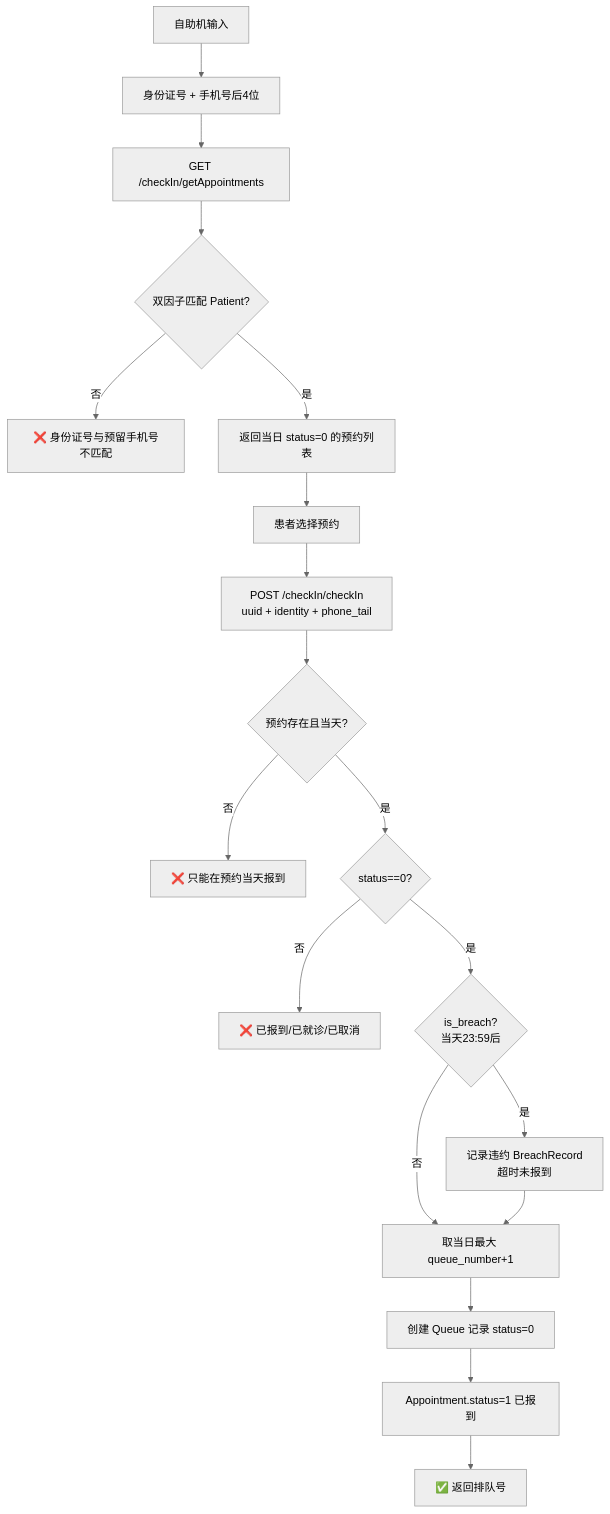
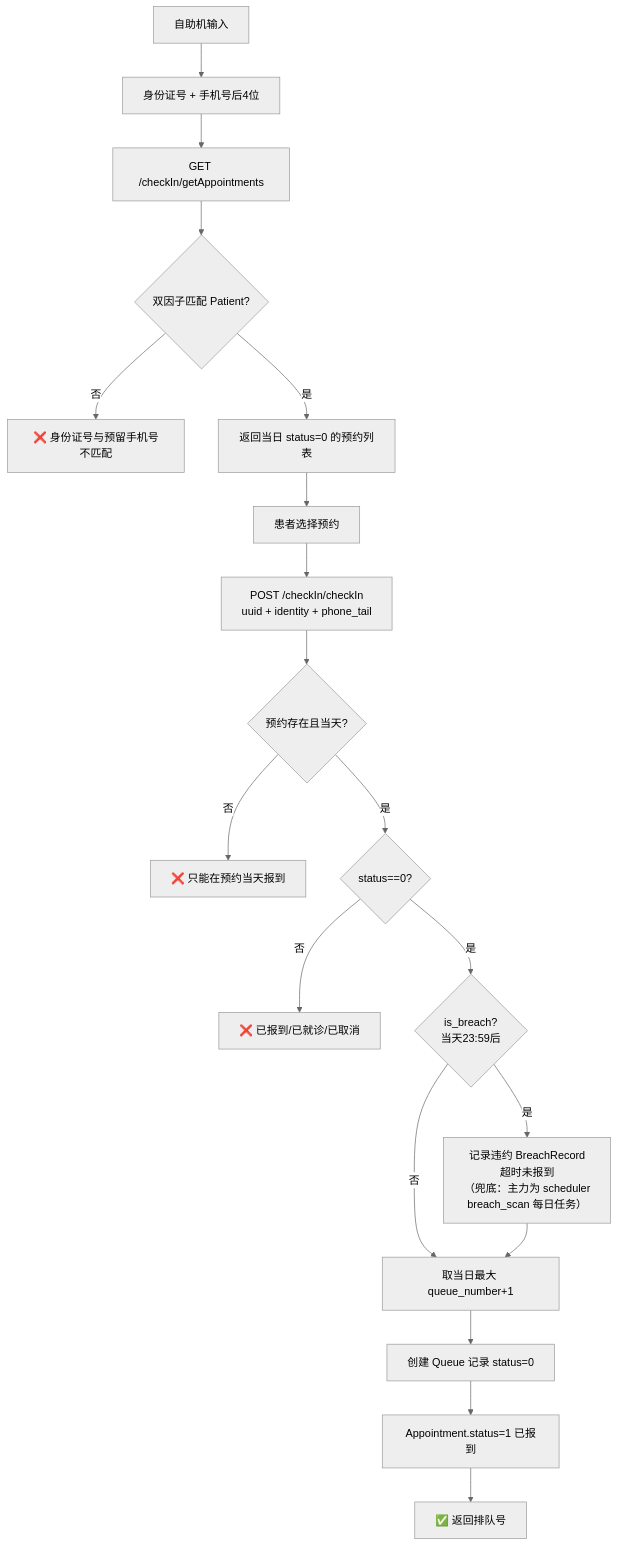
The third of 7 diagrams in doc/flowcharts/01-门诊挂号就诊.md (Palpitate-xus/hoimsystem), drawn with Mermaid (neutral theme) before and after one commit. The commit also changed 14 other files, not shown here.

````diff
--- a/doc/flowcharts/01-门诊挂号就诊.md
+++ b/doc/flowcharts/01-门诊挂号就诊.md
@@ -51,21 +51,21 @@
 ```mermaid
 flowchart TD
     A[自助机输入] --> B[身份证号 + 手机号后4位]
     B --> C[GET /checkIn/getAppointments]
     C --> D{双因子匹配 Patient?}
     D -- 否 --> E[❌ 身份证号与预留手机号不匹配]
     D -- 是 --> F[返回当日 status=0 的预约列表]
     F --> G[患者选择预约]
     G --> H[POST /checkIn/checkIn<br/>uuid + identity + phone_tail]
     H --> I{预约存在且当天?}
     I -- 否 --> J[❌ 只能在预约当天报到]
     I -- 是 --> K{status==0?}
     K -- 否 --> L[❌ 已报到/已就诊/已取消]
     K -- 是 --> M{is_breach?<br/>当天23:59后}
-    M -- 是 --> N[记录违约 BreachRecord<br/>超时未报到]
+    M -- 是 --> N[记录违约 BreachRecord<br/>超时未报到<br/>（兜底：主力为 scheduler<br/>breach_scan 每日任务）]
     M -- 否 --> O[取当日最大 queue_number+1]
     N --> O
     O --> P[创建 Queue 记录 status=0]
     P --> Q[Appointment.status=1 已报到]
     Q --> R[✅ 返回排队号]
 ```
````
